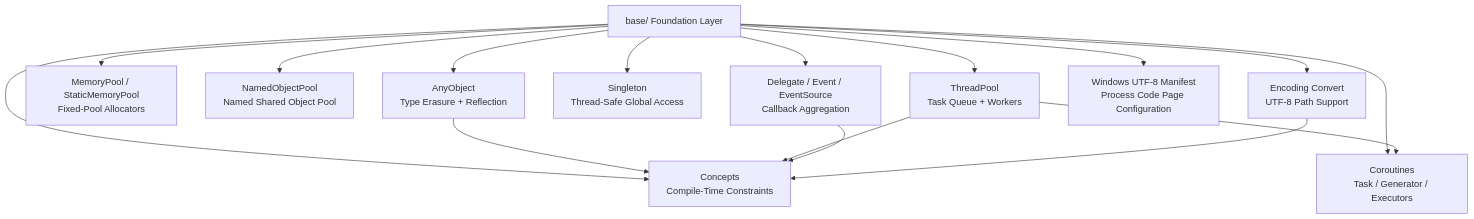
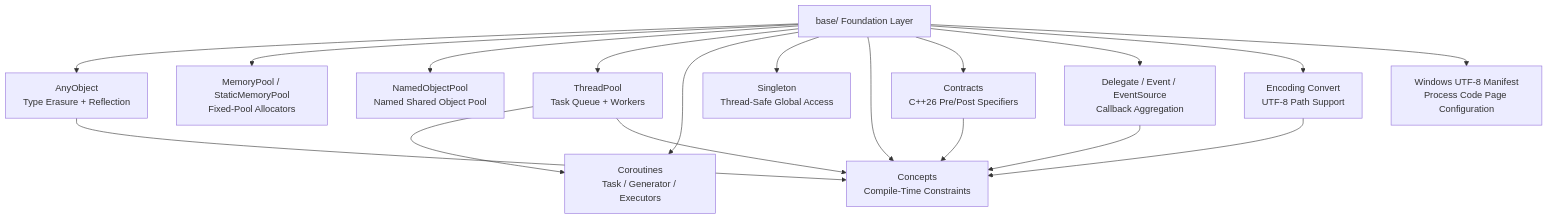
One commit to hsmbanlance/HsBaSlicer changed the first of 12 diagrams in .qoder/repowiki/en/content/Core Modules/Foundation Layer (base_)/Foundation Layer (base_).md. Above: the diagram before and after it, drawn with Mermaid. The commit also changed other lines of this file and 202 other files, not shown here.

````diff
--- a/.qoder/repowiki/en/content/Core Modules/Foundation Layer (base_)/Foundation Layer (base_).md
+++ b/.qoder/repowiki/en/content/Core Modules/Foundation Layer (base_)/Foundation Layer (base_).md
@@ -58,29 +63,32 @@
 ```mermaid
 graph TB
 base["base/ Foundation Layer"]
 any["AnyObject<br/>Type Erasure + Reflection"]
 mem["MemoryPool / StaticMemoryPool<br/>Fixed-Pool Allocators"]
 objpool["NamedObjectPool<br/>Named Shared Object Pool"]
 tp["ThreadPool<br/>Task Queue + Workers"]
 coro["Coroutines<br/>Task / Generator / Executors"]
 sing["Singleton<br/>Thread-Safe Global Access"]
 concepts["Concepts<br/>Compile-Time Constraints"]
+contracts["Contracts<br/>C++26 Pre/Post Specifiers"]
 del["Delegate / Event / EventSource<br/>Callback Aggregation"]
 enc["Encoding Convert<br/>UTF-8 Path Support"]
 win["Windows UTF-8 Manifest<br/>Process Code Page Configuration"]
 base --> any
 base --> mem
 base --> objpool
 base --> tp
 base --> coro
 base --> sing
 base --> concepts
+base --> contracts
 base --> del
 base --> enc
 base --> win
 any --> concepts
 tp --> coro
 tp --> concepts
 del --> concepts
 enc --> concepts
+contracts --> concepts
 ```
````
